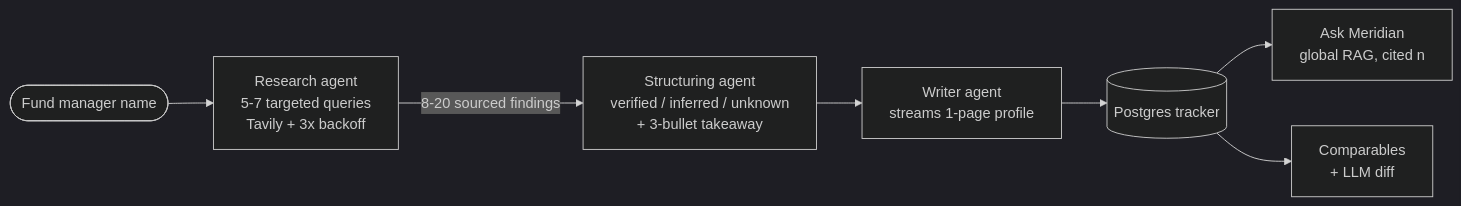
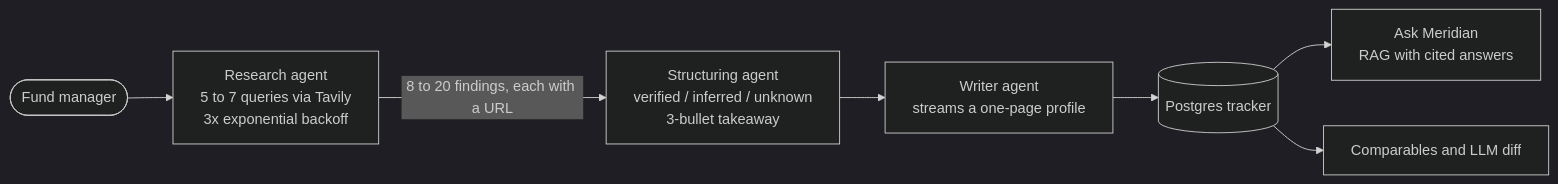
Before and after one commit to pradhanashwarya2122/pradhanashwarya2122: the fourth of 7 diagrams in README.md, drawn with Mermaid (dark theme). The commit also changed other lines of this file, not shown here.

````diff
--- a/README.md
+++ b/README.md
@@ -130,9 +170,9 @@
 ```mermaid
 flowchart LR
-    N([Fund manager name]) --> R[Research agent<br/>5-7 targeted queries<br/>Tavily + 3x backoff]
-    R -->|8-20 sourced findings| ST[Structuring agent<br/>verified / inferred / unknown<br/>+ 3-bullet takeaway]
-    ST --> WR[Writer agent<br/>streams 1-page profile]
+    N([Fund manager]) --> R[Research agent<br/>5 to 7 queries via Tavily<br/>3x exponential backoff]
+    R -->|8 to 20 findings, each with a URL| ST[Structuring agent<br/>verified / inferred / unknown<br/>3-bullet takeaway]
+    ST --> WR[Writer agent<br/>streams a one-page profile]
     WR --> DB[(Postgres tracker)]
-    DB --> ASK[Ask Meridian<br/>global RAG, cited n]
-    DB --> CMP[Comparables<br/>+ LLM diff]
+    DB --> ASK[Ask Meridian<br/>RAG with cited answers]
+    DB --> CMP[Comparables and LLM diff]
 ```
````
